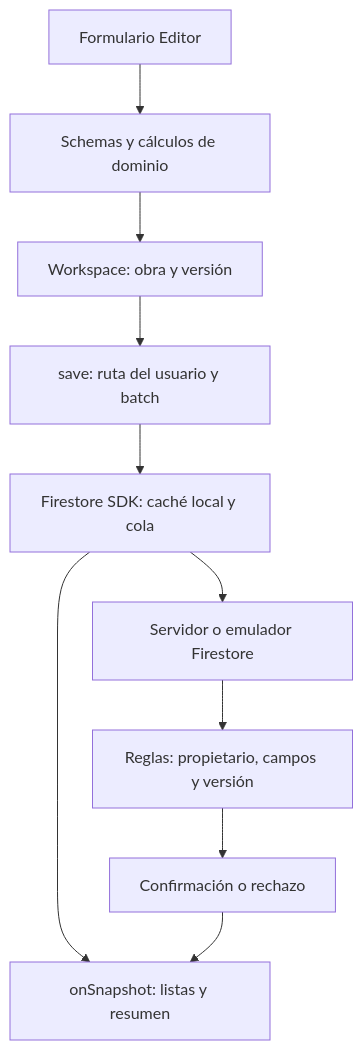
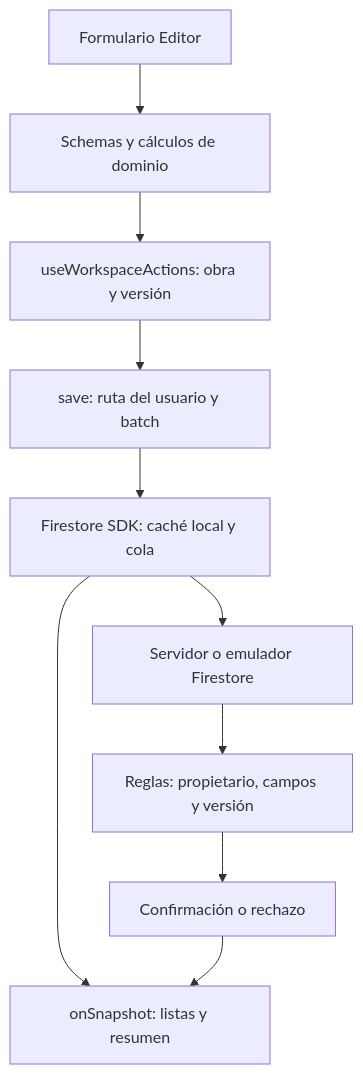
One commit to cris-gf/construction-control changed the diagram in docs/GUIA_TECNICA.md. Above: the diagram before and after it, drawn with Mermaid. The commit also changed other lines of this file and 74 other files, not shown here.

````diff
--- a/docs/GUIA_TECNICA.md
+++ b/docs/GUIA_TECNICA.md
@@ -66,12 +68,12 @@
 ```mermaid
 flowchart TD
     A[Formulario Editor] --> B[Schemas y cálculos de dominio]
-    B --> C[Workspace: obra y versión]
+    B --> C[useWorkspaceActions: obra y versión]
     C --> D[save: ruta del usuario y batch]
     D --> E[Firestore SDK: caché local y cola]
     E --> F[onSnapshot: listas y resumen]
     E --> G[Servidor o emulador Firestore]
     G --> H[Reglas: propietario, campos y versión]
     H --> I[Confirmación o rechazo]
     I --> F
 ```
````
